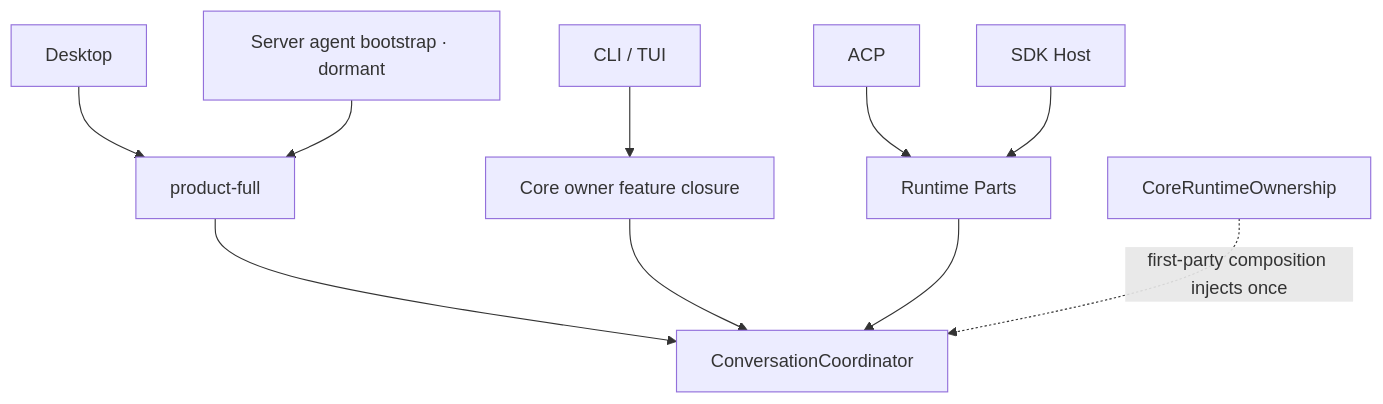
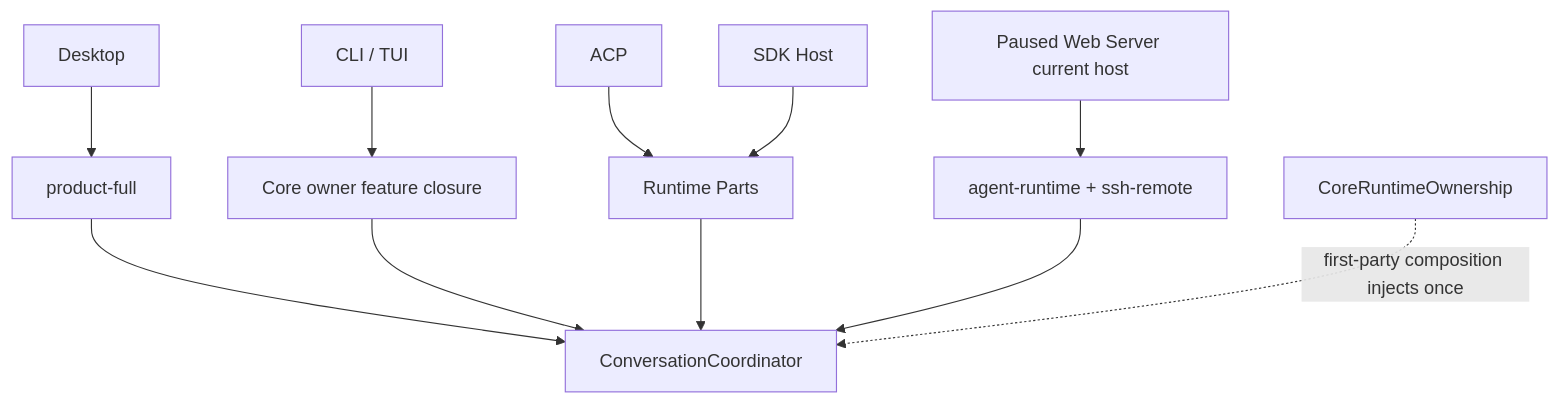
Before and after one commit to GCWing/BitFun: diagram 11 of 13 in docs/architecture/product-architecture.md, drawn with Mermaid. The commit also changed other lines of this file and 33 other files, not shown here.

````diff
--- a/docs/architecture/product-architecture.md
+++ b/docs/architecture/product-architecture.md
@@ -724,13 +722,14 @@
 ```mermaid
 flowchart TB
   Desktop["Desktop"] --> Full["product-full"]
   CLI["CLI / TUI"] --> CliClosure["Core owner feature closure"]
   ACP["ACP"] --> Parts["Runtime Parts"]
   SDKHost["SDK Host"] --> Parts
-  ServerBootstrap["Server agent bootstrap · dormant"] --> Full
+  ServerBootstrap["Paused Web Server current host"] --> ServerClosure["agent-runtime + ssh-remote"]
 
   Full --> Coordinator["ConversationCoordinator"]
   CliClosure --> Coordinator
   Parts --> Coordinator
+  ServerClosure --> Coordinator
   Ownership["CoreRuntimeOwnership"] -. "first-party composition injects once" .-> Coordinator
 ```
````
